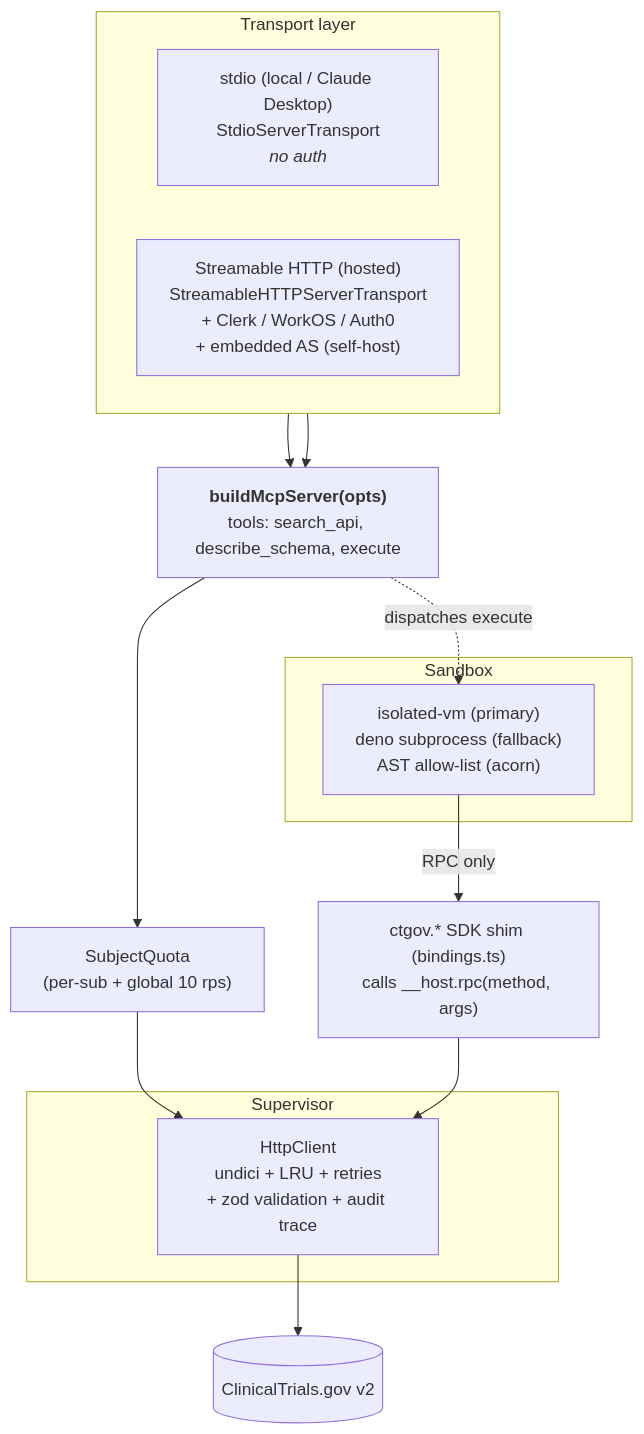
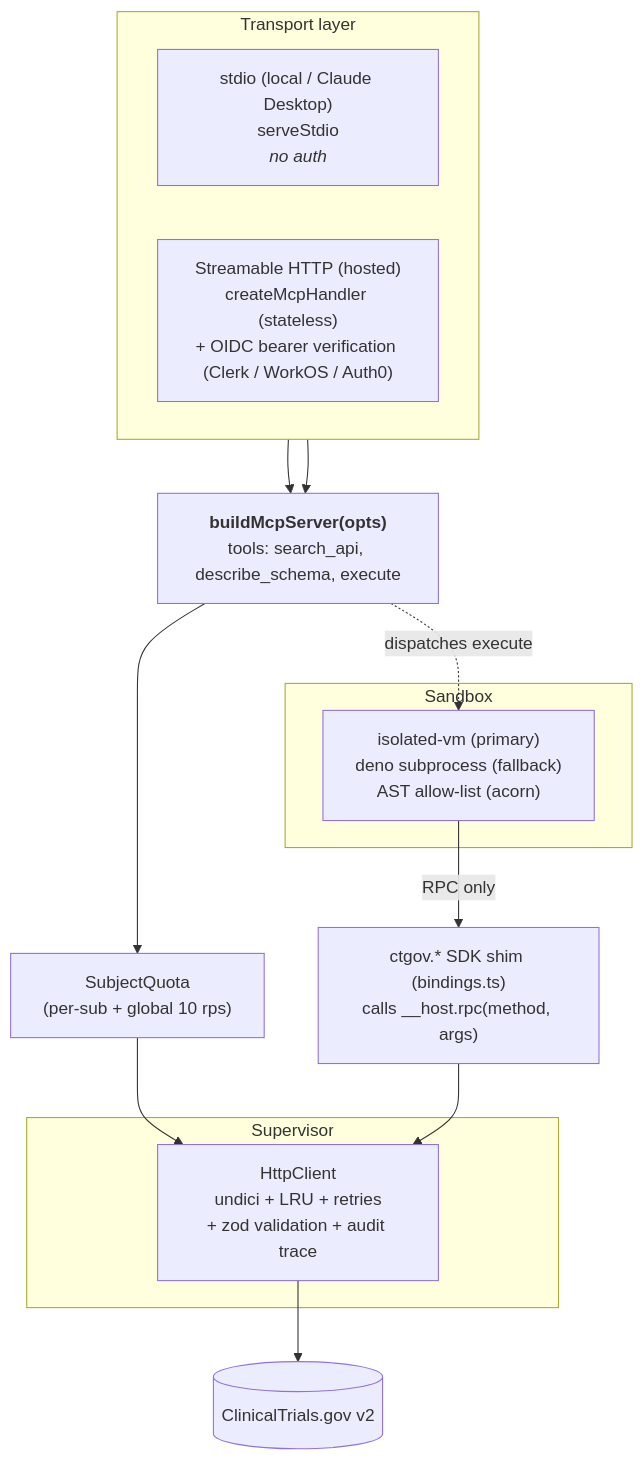
One commit to blencorp/clinicaltrials-mcp-server changed the diagram in docs/ARCHITECTURE.md. Above: the diagram before and after it, drawn with Mermaid. The commit also changed other lines of this file and 4 other files, not shown here.

````diff
--- a/docs/ARCHITECTURE.md
+++ b/docs/ARCHITECTURE.md
@@ -9,32 +9,32 @@
 ```mermaid
 flowchart TD
     subgraph TransportLayer["Transport layer"]
         direction LR
-        Stdio["stdio (local / Claude Desktop)<br/>StdioServerTransport<br/><i>no auth</i>"]
-        Http["Streamable HTTP (hosted)<br/>StreamableHTTPServerTransport<br/>+ Clerk / WorkOS / Auth0<br/>+ embedded AS (self-host)"]
+        Stdio["stdio (local / Claude Desktop)<br/>serveStdio<br/><i>no auth</i>"]
+        Http["Streamable HTTP (hosted)<br/>createMcpHandler (stateless)<br/>+ OIDC bearer verification (Clerk / WorkOS / Auth0)"]
     end
 
     Server["<b>buildMcpServer(opts)</b><br/>tools: search_api, describe_schema, execute"]
     Quota["SubjectQuota<br/>(per-sub + global 10 rps)"]
 
     subgraph SupervisorBox["Supervisor"]
         HttpClient["HttpClient<br/>undici + LRU + retries<br/>+ zod validation + audit trace"]
     end
 
     CTGov[("ClinicalTrials.gov v2")]
 
     subgraph SandboxBox["Sandbox"]
         Isolate["isolated-vm (primary)<br/>deno subprocess (fallback)<br/>AST allow-list (acorn)"]
     end
 
     Shim["ctgov.* SDK shim (bindings.ts)<br/>calls __host.rpc(method, args)"]
 
     Stdio --> Server
     Http --> Server
     Server --> Quota
     Quota --> HttpClient
     HttpClient --> CTGov
     Server -.dispatches execute.-> Isolate
     Isolate -->|RPC only| Shim
     Shim --> HttpClient
 ```
````
